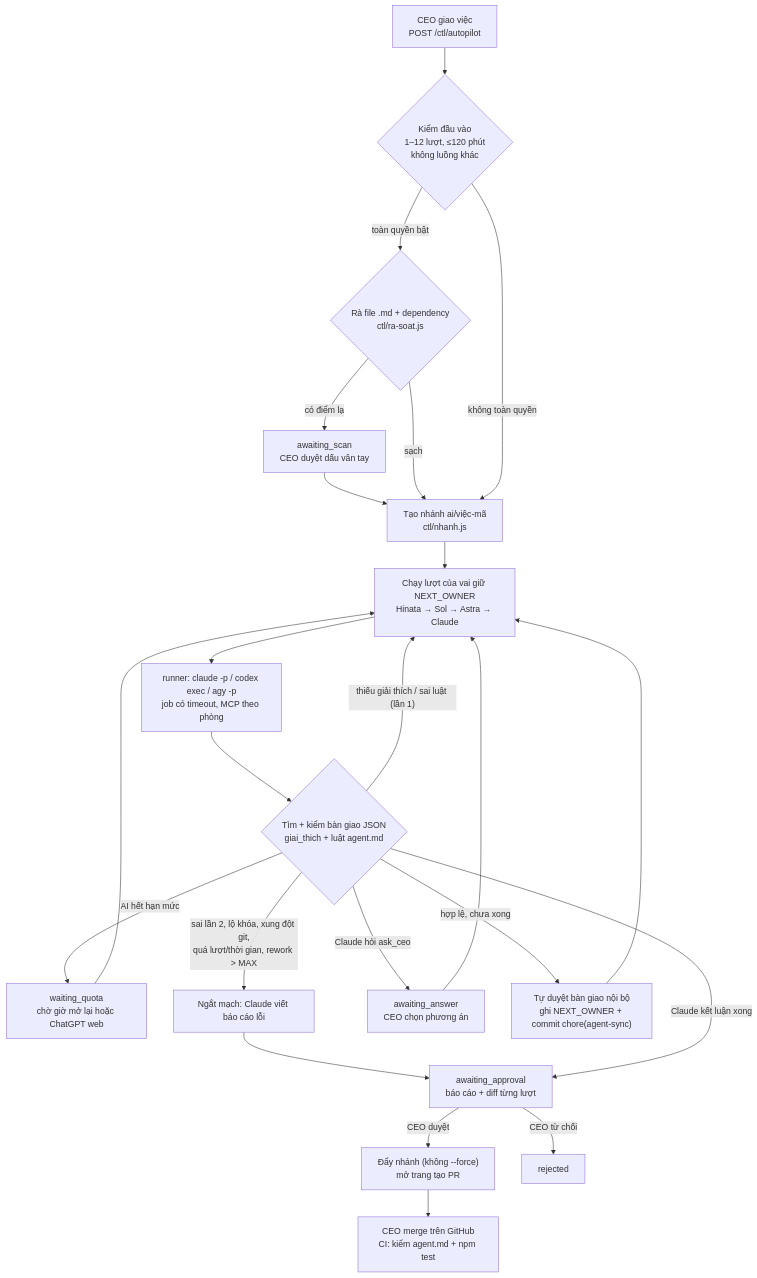
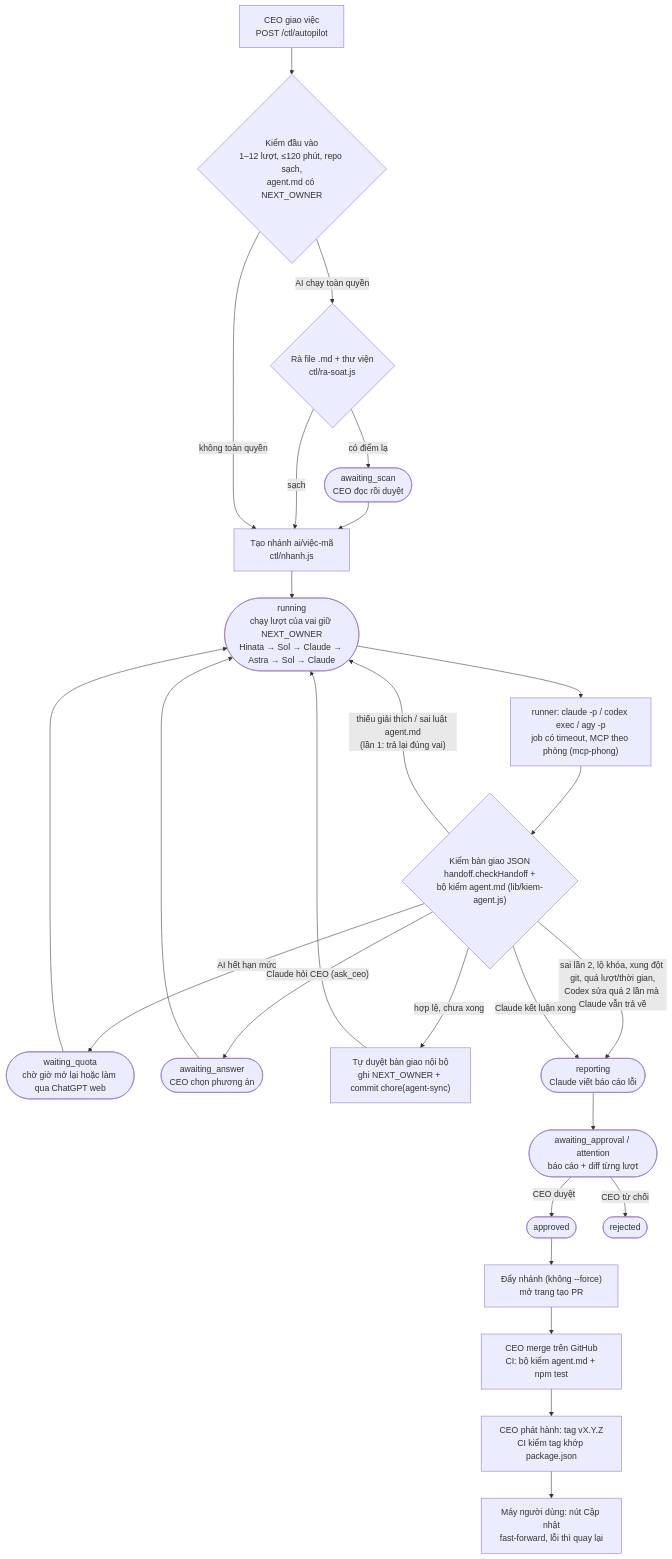
Before and after one commit to Thequancute215-sys/V-n-ph-ng-ch-nh-ph-: the second of 10 diagrams in docs/BAN-DO-HE-THONG.md, drawn with Mermaid. The commit also changed other lines of this file and 9 other files, not shown here.

First line of the commit message:
Vẽ kĩ lại bản đồ hệ thống bằng Understand Anything (phân tích lại toàn bộ)

````diff
--- a/docs/BAN-DO-HE-THONG.md
+++ b/docs/BAN-DO-HE-THONG.md
@@ -36,19 +63,21 @@
 ```mermaid
 flowchart TD
-  A["CEO giao việc<br/>POST /ctl/autopilot"] --> B{"Kiểm đầu vào<br/>1–12 lượt, ≤120 phút<br/>không luồng khác"}
-  B -->|"toàn quyền bật"| S{"Rà file .md + dependency<br/>ctl/ra-soat.js"}
-  S -->|"có điểm lạ"| SA["awaiting_scan<br/>CEO duyệt dấu vân tay"] --> C
+  A["CEO giao việc<br/>POST /ctl/autopilot"] --> B{"Kiểm đầu vào<br/>1–12 lượt, ≤120 phút, repo sạch,<br/>agent.md có NEXT_OWNER"}
+  B -->|"AI chạy toàn quyền"| S{"Rà file .md + thư viện<br/>ctl/ra-soat.js"}
+  S -->|"có điểm lạ"| SA(["awaiting_scan<br/>CEO đọc rồi duyệt"]) --> C
   S -->|"sạch"| C["Tạo nhánh ai/việc-mã<br/>ctl/nhanh.js"]
   B -->|"không toàn quyền"| C
-  C --> L["Chạy lượt của vai giữ NEXT_OWNER<br/>Hinata → Sol → Astra → Claude"]
-  L --> R["runner: claude -p / codex exec / agy -p<br/>job có timeout, MCP theo phòng"]
-  R --> H{"Tìm + kiểm bàn giao JSON<br/>giai_thich + luật agent.md"}
-  H -->|"thiếu giải thích / sai luật (lần 1)"| L
-  H -->|"AI hết hạn mức"| Q["waiting_quota<br/>chờ giờ mở lại hoặc ChatGPT web"] --> L
-  H -->|"sai lần 2, lộ khóa, xung đột git,<br/>quá lượt/thời gian, rework > MAX"| X["Ngắt mạch: Claude viết báo cáo lỗi"] --> AP
-  H -->|"Claude hỏi ask_ceo"| AQ["awaiting_answer<br/>CEO chọn phương án"] --> L
+  C --> L(["running<br/>chạy lượt của vai giữ NEXT_OWNER<br/>Hinata → Sol → Claude → Astra → Sol → Claude"])
+  L --> R["runner: claude -p / codex exec / agy -p<br/>job có timeout, MCP theo phòng (mcp-phong)"]
+  R --> H{"Kiểm bàn giao JSON<br/>handoff.checkHandoff +<br/>bộ kiểm agent.md (lib/kiem-agent.js)"}
+  H -->|"thiếu giải thích / sai luật agent.md<br/>(lần 1: trả lại đúng vai)"| L
+  H -->|"AI hết hạn mức"| Q(["waiting_quota<br/>chờ giờ mở lại hoặc làm qua ChatGPT web"]) --> L
+  H -->|"Claude hỏi CEO (ask_ceo)"| AQ(["awaiting_answer<br/>CEO chọn phương án"]) --> L
   H -->|"hợp lệ, chưa xong"| AU["Tự duyệt bàn giao nội bộ<br/>ghi NEXT_OWNER + commit chore(agent-sync)"] --> L
-  H -->|"Claude kết luận xong"| AP["awaiting_approval<br/>báo cáo + diff từng lượt"]
-  AP -->|"CEO duyệt"| P["Đẩy nhánh (không --force)<br/>mở trang tạo PR"] --> M["CEO merge trên GitHub<br/>CI: kiểm agent.md + npm test"]
-  AP -->|"CEO từ chối"| Z["rejected"]
+  H -->|"sai lần 2, lộ khóa, xung đột git, quá lượt/thời gian,<br/>Codex sửa quá 2 lần mà Claude vẫn trả về"| X(["reporting<br/>Claude viết báo cáo lỗi"])
+  H -->|"Claude kết luận xong"| X
+  X --> AP(["awaiting_approval / attention<br/>báo cáo + diff từng lượt"])
+  AP -->|"CEO duyệt"| OK(["approved"]) --> P["Đẩy nhánh (không --force)<br/>mở trang tạo PR"] --> M["CEO merge trên GitHub<br/>CI: bộ kiểm agent.md + npm test"]
+  AP -->|"CEO từ chối"| Z(["rejected"])
+  M --> T["CEO phát hành: tag vX.Y.Z<br/>CI kiểm tag khớp package.json"] --> U["Máy người dùng: nút Cập nhật<br/>fast-forward, lỗi thì quay lại"]
 ```
````
